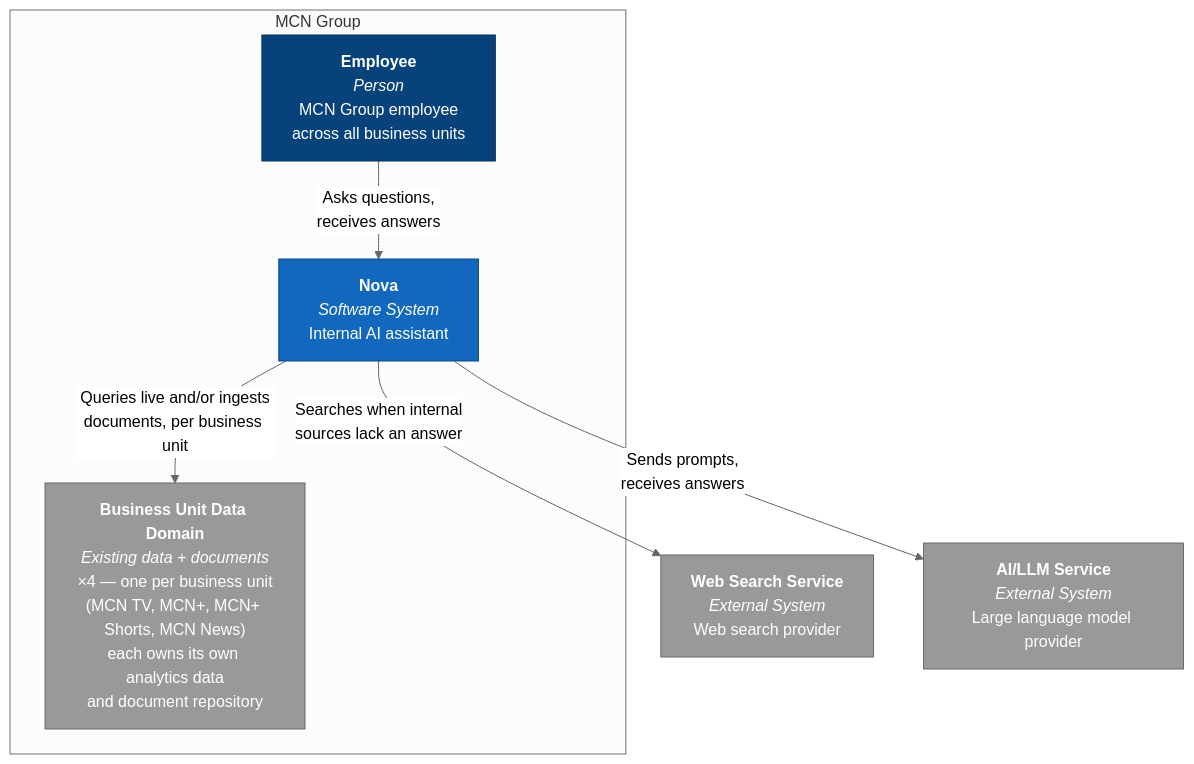
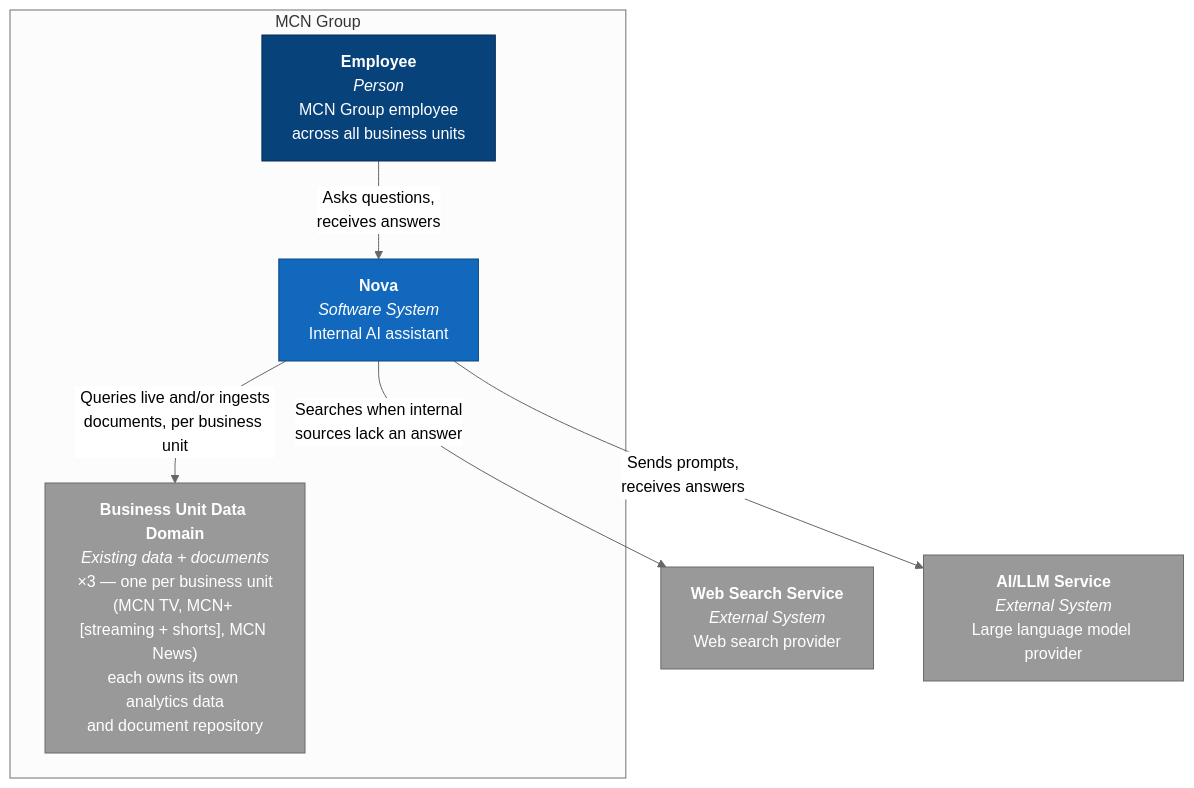
Before and after one commit to maulairfani/nova: the first of 9 diagrams in documents/technical-design-document.md, drawn with Mermaid (neutral theme). The commit also changed other lines of this file and 4 other files, not shown here.

First line of the commit message:
Correct business-unit model: MCN+ streaming and shorts are one unit

````diff
--- a/documents/technical-design-document.md
+++ b/documents/technical-design-document.md
@@ -158,28 +160,28 @@
 ```mermaid
 flowchart TB
     Employee["<b>Employee</b><br/><i>Person</i><br/>MCN Group employee<br/>across all business units"]
     Nova["<b>Nova</b><br/><i>Software System</i><br/>Internal AI assistant"]
-    BUDomain["<b>Business Unit Data Domain</b><br/><i>Existing data + documents</i><br/>×4 — one per business unit<br/>(MCN TV, MCN+, MCN+ Shorts, MCN News)<br/>each owns its own analytics data<br/>and document repository"]
+    BUDomain["<b>Business Unit Data Domain</b><br/><i>Existing data + documents</i><br/>×3 — one per business unit<br/>(MCN TV, MCN+ [streaming + shorts], MCN News)<br/>each owns its own analytics data<br/>and document repository"]
 
     subgraph MCN["MCN Group"]
         Employee
         Nova
         BUDomain
     end
 
     WebSearch["<b>Web Search Service</b><br/><i>External System</i><br/>Web search provider"]
     LLM["<b>AI/LLM Service</b><br/><i>External System</i><br/>Large language model provider"]
 
     Employee -->|"Asks questions,<br/>receives answers"| Nova
     Nova -->|"Queries live and/or ingests<br/>documents, per business unit"| BUDomain
     Nova -->|"Searches when internal<br/>sources lack an answer"| WebSearch
     Nova -->|"Sends prompts,<br/>receives answers"| LLM
 
     classDef person fill:#08427b,color:#fff,stroke:#052e56
     classDef system fill:#1168bd,color:#fff,stroke:#0b4884
     classDef external fill:#999999,color:#fff,stroke:#6b6b6b
 
     class Employee person
     class Nova system
     class BUDomain,WebSearch,LLM external
 ```
````
